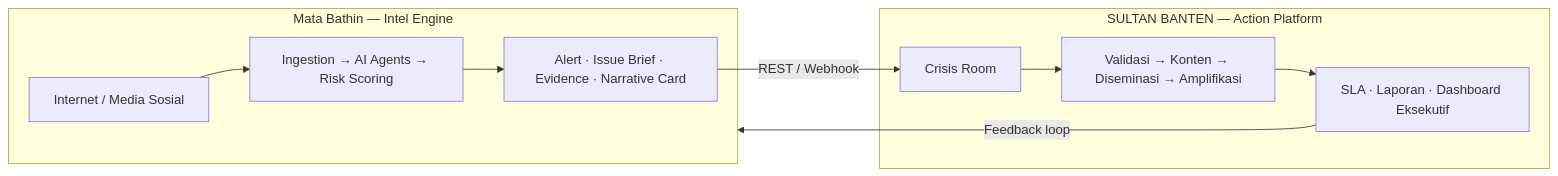
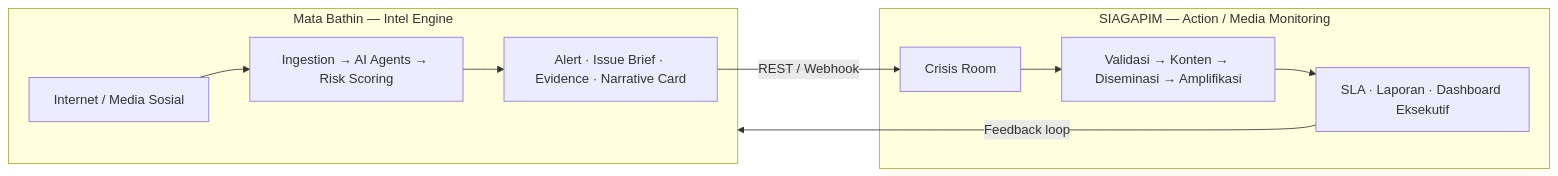
Before and after one commit to herihandoko/sultan-banten: the first of 10 diagrams in BUSINESS_PROCESS.md, drawn with Mermaid. The commit also changed other lines of this file and 25 other files, not shown here.

````diff
--- a/BUSINESS_PROCESS.md
+++ b/BUSINESS_PROCESS.md
@@ -9,19 +11,19 @@
 ```mermaid
 flowchart LR
   subgraph OSINT["Mata Bathin — Intel Engine"]
     SRC[Internet / Media Sosial]
     PIPE[Ingestion → AI Agents → Risk Scoring]
     OUT[Alert · Issue Brief · Evidence · Narrative Card]
     SRC --> PIPE --> OUT
   end
 
-  subgraph SB["SULTAN BANTEN — Action Platform"]
+  subgraph SB["SIAGAPIM — Action / Media Monitoring"]
     CR[Crisis Room]
     ACT[Validasi → Konten → Diseminasi → Amplifikasi]
     MON[SLA · Laporan · Dashboard Eksekutif]
     CR --> ACT --> MON
   end
 
   OUT -->|REST / Webhook| CR
   MON -->|Feedback loop| OSINT
 ```
````
